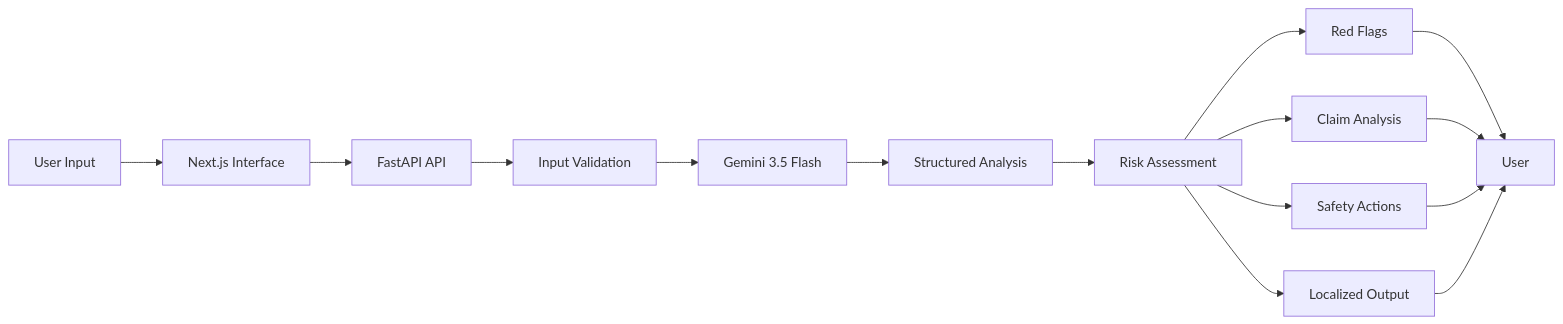
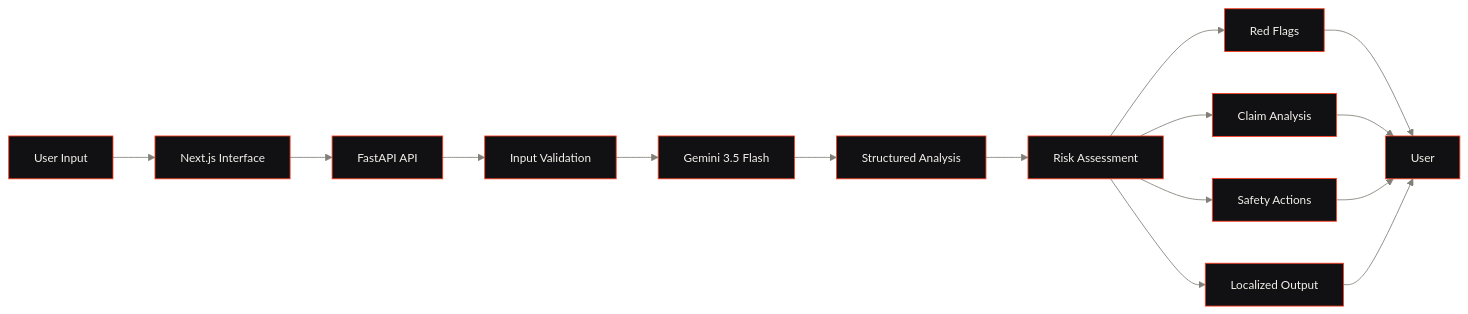
The first of 3 diagrams in README.md (ankush-dev-eng/NiveshRakshak), drawn with Mermaid before and after one commit. The commit also changed other lines of this file, not shown here.

````diff
--- a/README.md
+++ b/README.md
@@ -75,17 +102,18 @@
 ```mermaid
+%%{init: {'theme': 'base', 'themeVariables': {'primaryColor': '#111114', 'primaryTextColor': '#F3F1EA', 'primaryBorderColor': '#FF3B1D', 'lineColor': '#807F78', 'secondaryColor': '#17171B', 'tertiaryColor': '#08080A', 'edgeLabelBackground': '#08080A', 'clusterBkg': '#111114', 'clusterBorder': '#FF3B1D', 'fontSize': '14px'}}}%%
 flowchart LR
     A["User Input"] --> B["Next.js Interface"]
     B --> C["FastAPI API"]
     C --> D["Input Validation"]
     D --> E["Gemini 3.5 Flash"]
     E --> F["Structured Analysis"]
     F --> G["Risk Assessment"]
     G --> H["Red Flags"]
     G --> I["Claim Analysis"]
     G --> J["Safety Actions"]
     G --> K["Localized Output"]
     H --> L["User"]
     I --> L
     J --> L
     K --> L
 ```
````
